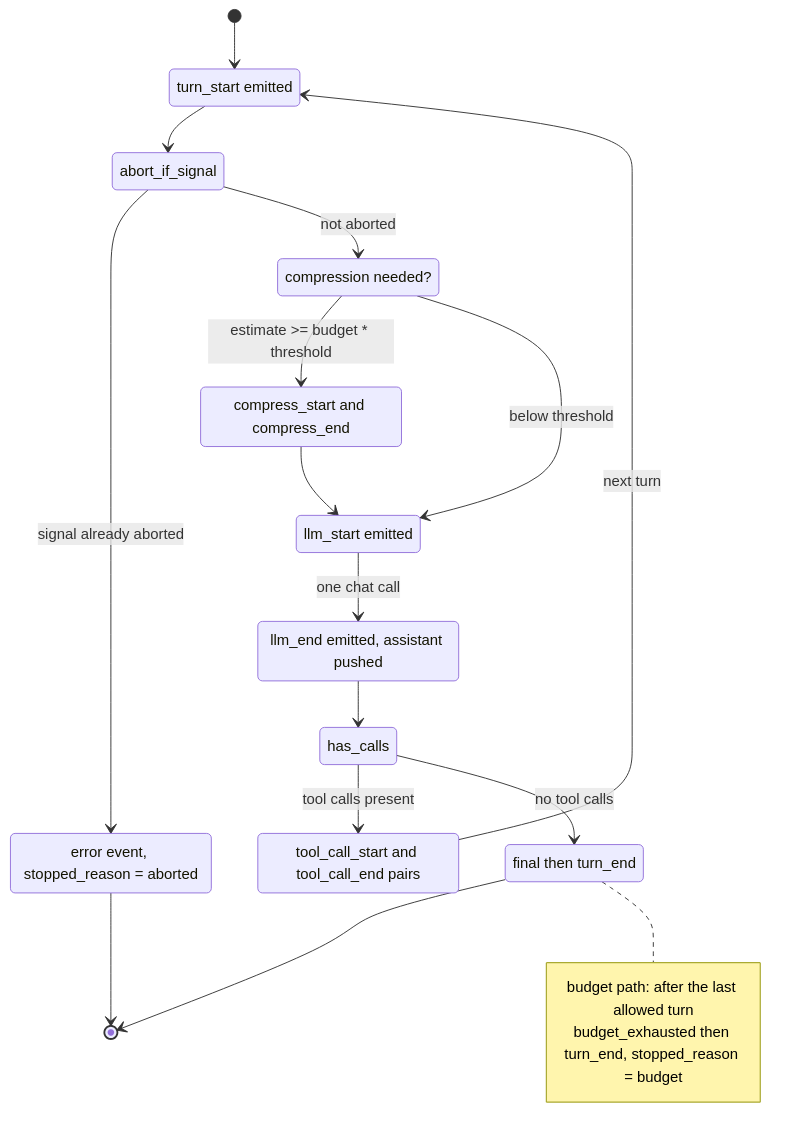
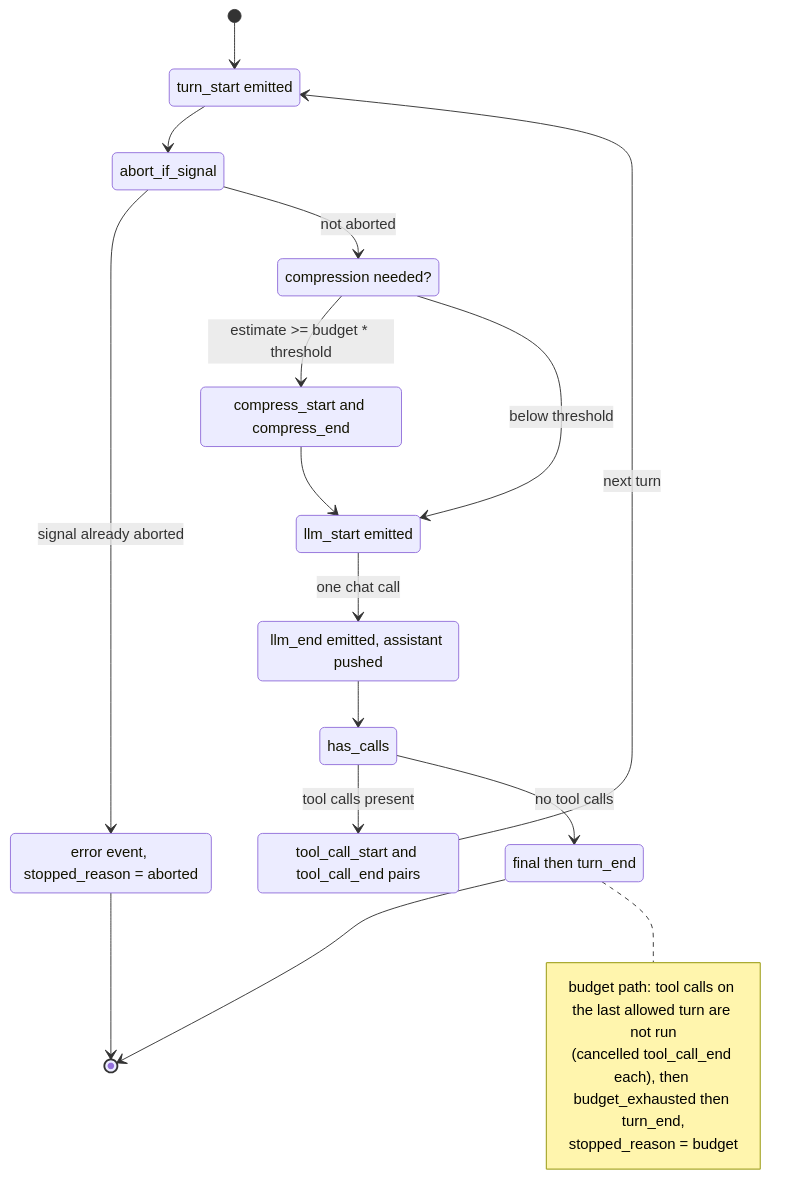
Before and after one commit to Moikapy/lich: the diagram in docs/architecture/agent-loop.md, drawn with Mermaid. The commit also changed other lines of this file and 18 other files, not shown here.

First line of the commit message:
fix(agent): tools_enabled filters plugin tools; guard hooks fail closed; no tools on the last turn (#161)

````diff
--- a/docs/architecture/agent-loop.md
+++ b/docs/architecture/agent-loop.md
@@ -12,31 +12,32 @@
 ```mermaid
 stateDiagram-v2
     [*] --> TurnStart
     TurnStart : turn_start emitted
     TurnStart --> abort_if_signal
     state abort_if_signal <<choice>>
     abort_if_signal --> Aborted : signal already aborted
     abort_if_signal --> CompressCheck : not aborted
     CompressCheck : compression needed?
     CompressCheck --> Compress : estimate >= budget * threshold
     CompressCheck --> LlmStart : below threshold
     Compress --> LlmStart
     Compress : compress_start and compress_end
     LlmStart : llm_start emitted
     LlmStart --> LlmEnd : one chat call
     LlmEnd : llm_end emitted, assistant pushed
     LlmEnd --> has_calls
     state has_calls <<choice>>
     has_calls --> RunTools : tool calls present
     has_calls --> Final : no tool calls
     RunTools : tool_call_start and tool_call_end pairs
     RunTools --> TurnStart : next turn
     Final : final then turn_end
     Final --> [*]
     Aborted : error event, stopped_reason = aborted
     Aborted --> [*]
     note right of Final
-      budget path: after the last allowed turn
-      budget_exhausted then turn_end, stopped_reason = budget
+      budget path: tool calls on the last allowed turn are not run
+      (cancelled tool_call_end each), then budget_exhausted then turn_end,
+      stopped_reason = budget
     end note
 ```
````
